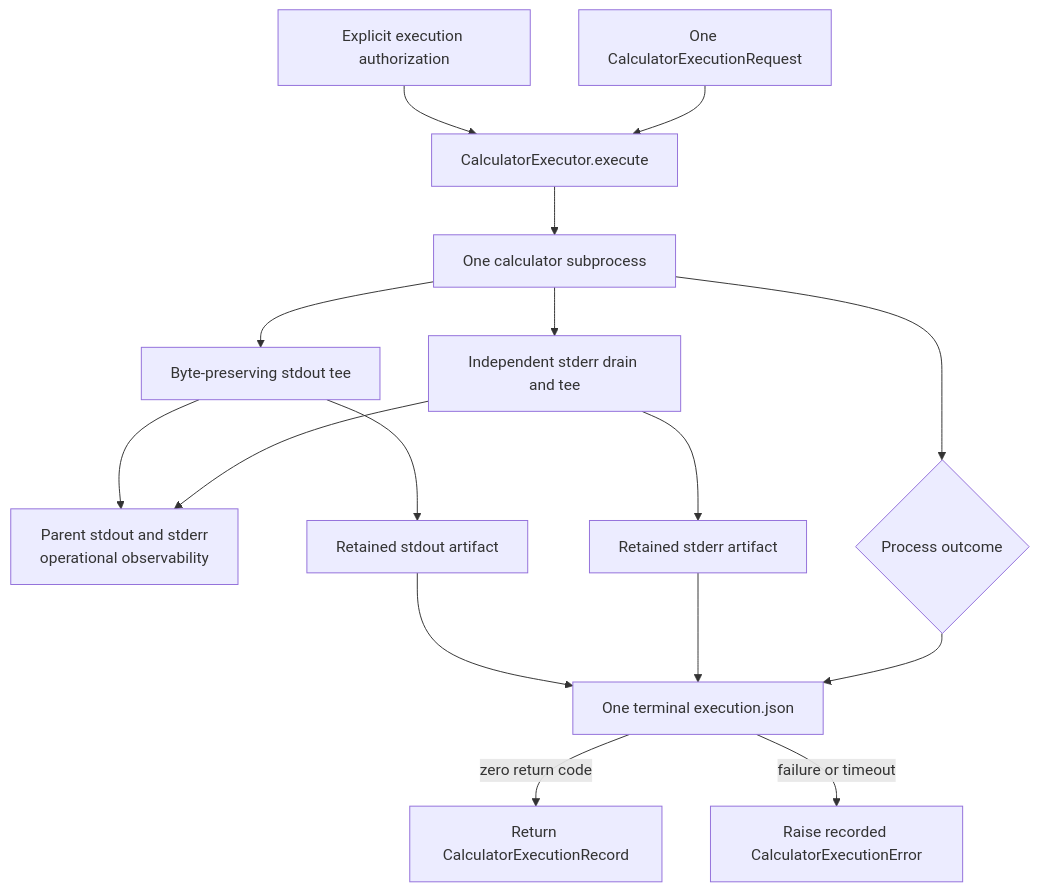
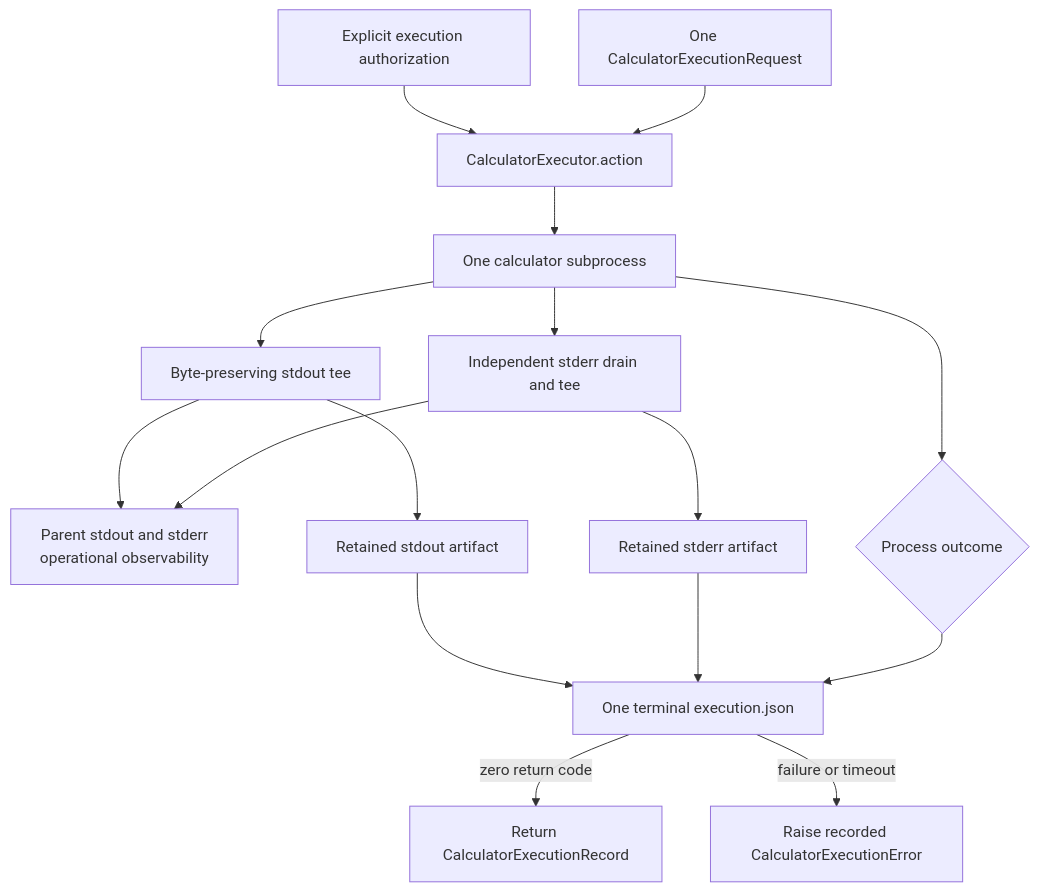
One commit to eragasa/projectkoios-simulations changed the first of 4 diagrams in docs/architecture/projectkoios/simulations/execution/schematics.md. Above: the diagram before and after it, drawn with Mermaid. The commit also changed other lines of this file and 17 other files, not shown here.

````diff
--- a/docs/architecture/projectkoios/simulations/execution/schematics.md
+++ b/docs/architecture/projectkoios/simulations/execution/schematics.md
@@ -5,32 +5,32 @@
 ```mermaid
 flowchart TD
     authority[Explicit execution authorization]
     request[One CalculatorExecutionRequest]
-    executor[CalculatorExecutor.execute]
+    executor[CalculatorExecutor.action]
     process[One calculator subprocess]
     stdoutTee[Byte-preserving stdout tee]
     stderrTee[Independent stderr drain and tee]
     live[Parent stdout and stderr<br/>operational observability]
     stdout[Retained stdout artifact]
     stderr[Retained stderr artifact]
     record[One terminal execution.json]
     terminal{Process outcome}
     success[Return CalculatorExecutionRecord]
     failure[Raise recorded CalculatorExecutionError]
 
     authority --> executor
     request --> executor
     executor --> process
     process --> stdoutTee
     process --> stderrTee
     stdoutTee --> live
     stdoutTee --> stdout
     stderrTee --> live
     stderrTee --> stderr
     stdout --> record
     stderr --> record
     process --> terminal
     terminal --> record
     record -->|zero return code| success
     record -->|failure or timeout| failure
 ```
````
